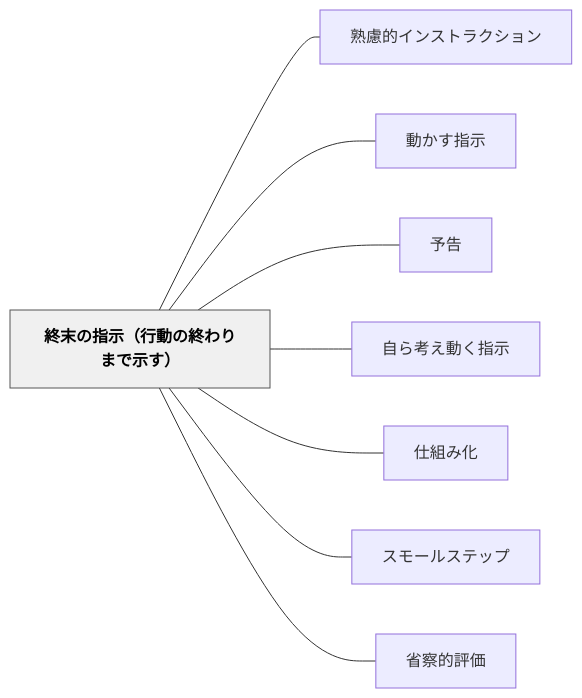
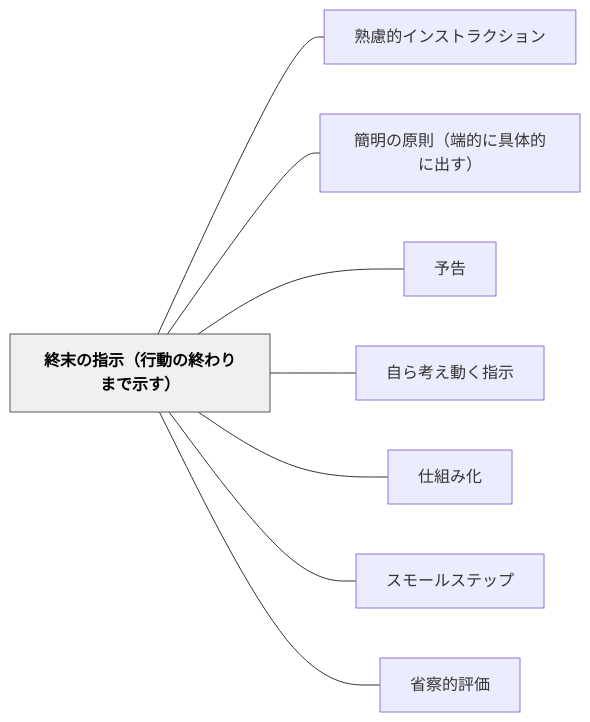
One commit to unknownthings-ed-patterns/unknownthings-ed-patterns changed the diagram in content/パタン/終末の指示（行動の終わりまで示す）.md. Above: the diagram before and after it, drawn with Mermaid. The commit also changed other lines of this file and 41 other files, not shown here.

````diff
--- a/content/パタン/終末の指示（行動の終わりまで示す）.md
+++ b/content/パタン/終末の指示（行動の終わりまで示す）.md
@@ -37,22 +39,22 @@
 ```mermaid
 flowchart LR
     ne7b582e69cabe381aee68c87e7a4baefbc88e8a18ce58b95e381aee7b582e3828fe3828ae381bee381a7e7a4bae38199efbc89["終末の指示（行動の終わりまで示す）"]
     ne7869fe685aee79a84e382a4e383b3e382b9e38388e383a9e382afe382b7e383a7e383b3["熟慮的インストラクション"]
-    ne58b95e3818be38199e68c87e7a4ba["動かす指示"]
+    ne7b0a1e6988ee381aee58e9fe58987efbc88e7abafe79a84e381abe585b7e4bd93e79a84e381abe587bae38199efbc89["簡明の原則（端的に具体的に出す）"]
     ne4ba88e5918a["予告"]
     ne887aae38289e88083e38188e58b95e3818fe68c87e7a4ba["自ら考え動く指示"]
     ne4bb95e7b584e381bfe58c96["仕組み化"]
     ne382b9e383a2e383bce383abe382b9e38386e38383e38397["スモールステップ"]
     ne79c81e5af9fe79a84e8a995e4bea1["省察的評価"]
 
     ne7b582e69cabe381aee68c87e7a4baefbc88e8a18ce58b95e381aee7b582e3828fe3828ae381bee381a7e7a4bae38199efbc89 --- ne7869fe685aee79a84e382a4e383b3e382b9e38388e383a9e382afe382b7e383a7e383b3
-    ne7b582e69cabe381aee68c87e7a4baefbc88e8a18ce58b95e381aee7b582e3828fe3828ae381bee381a7e7a4bae38199efbc89 --- ne58b95e3818be38199e68c87e7a4ba
+    ne7b582e69cabe381aee68c87e7a4baefbc88e8a18ce58b95e381aee7b582e3828fe3828ae381bee381a7e7a4bae38199efbc89 --- ne7b0a1e6988ee381aee58e9fe58987efbc88e7abafe79a84e381abe585b7e4bd93e79a84e381abe587bae38199efbc89
     ne7b582e69cabe381aee68c87e7a4baefbc88e8a18ce58b95e381aee7b582e3828fe3828ae381bee381a7e7a4bae38199efbc89 --- ne4ba88e5918a
     ne7b582e69cabe381aee68c87e7a4baefbc88e8a18ce58b95e381aee7b582e3828fe3828ae381bee381a7e7a4bae38199efbc89 --- ne887aae38289e88083e38188e58b95e3818fe68c87e7a4ba
     ne7b582e69cabe381aee68c87e7a4baefbc88e8a18ce58b95e381aee7b582e3828fe3828ae381bee381a7e7a4bae38199efbc89 --- ne4bb95e7b584e381bfe58c96
     ne7b582e69cabe381aee68c87e7a4baefbc88e8a18ce58b95e381aee7b582e3828fe3828ae381bee381a7e7a4bae38199efbc89 --- ne382b9e383a2e383bce383abe382b9e38386e38383e38397
     ne7b582e69cabe381aee68c87e7a4baefbc88e8a18ce58b95e381aee7b582e3828fe3828ae381bee381a7e7a4bae38199efbc89 --- ne79c81e5af9fe79a84e8a995e4bea1
 
     classDef hub fill:#f0f0f0,stroke:#555,color:#000,font-weight:bold
     class ne7b582e69cabe381aee68c87e7a4baefbc88e8a18ce58b95e381aee7b582e3828fe3828ae381bee381a7e7a4bae38199efbc89 hub
 ```
````
